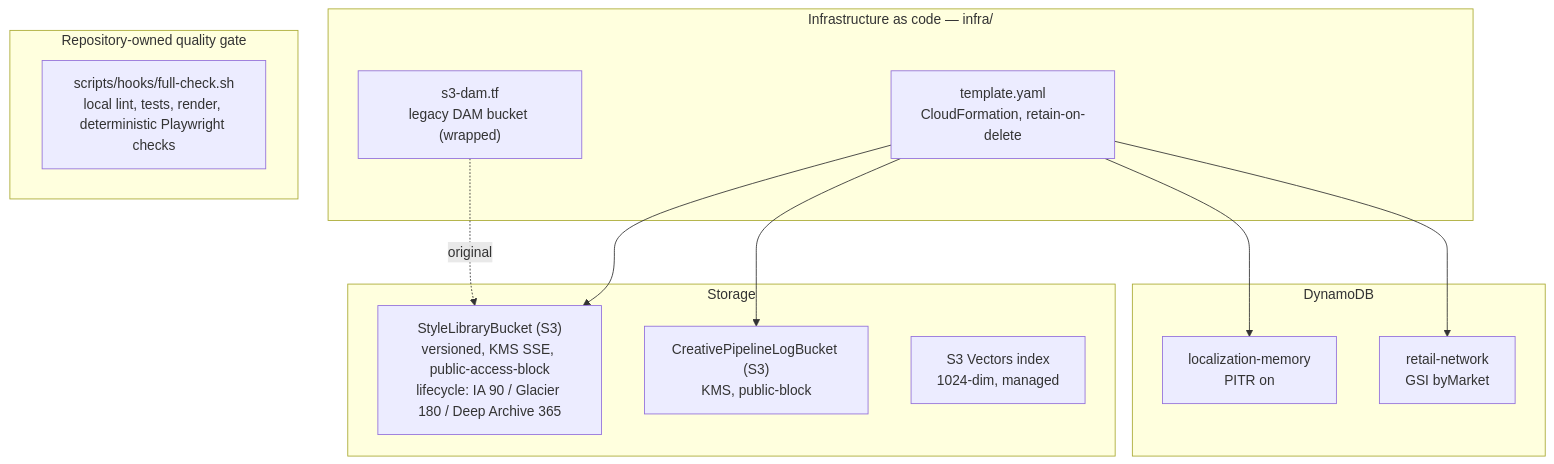
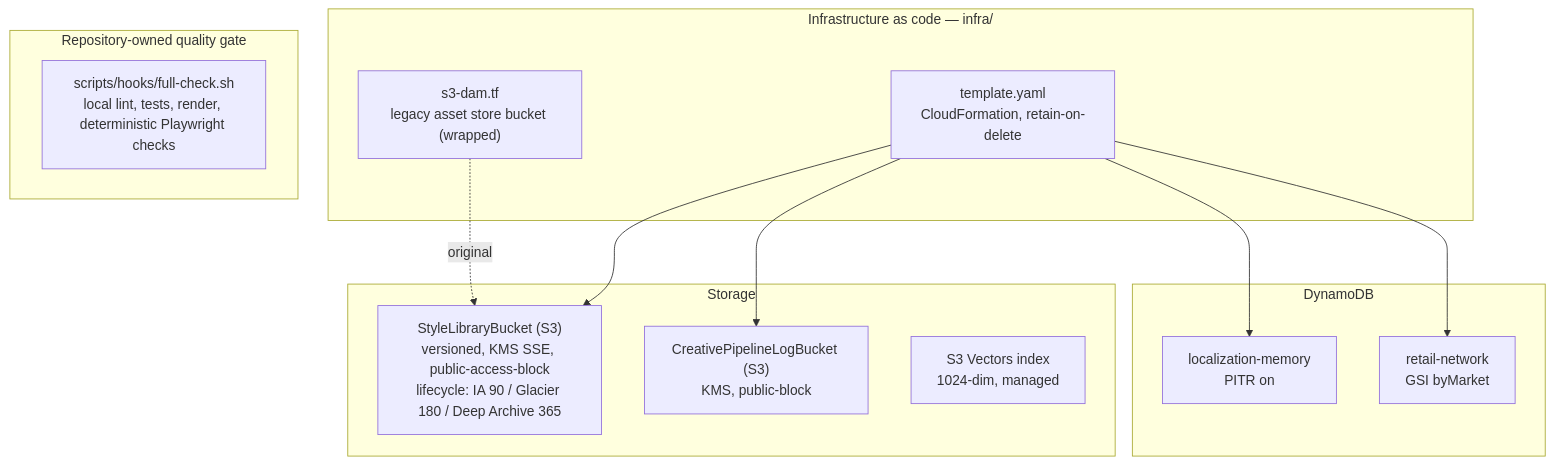
One commit to chasko-labs/creative-automation-pipeline changed the fourth of 6 diagrams in docs/architecture/SYSTEM-OVERVIEW.md. Above: the diagram before and after it, drawn with Mermaid. The commit also changed other lines of this file and 149 other files, not shown here.

Commit message:
Plain-language asset store rename: dam.py to asset_store.py, asset browser, protocol values, env names with legacy fallback, DOM ids, docs

````diff
--- a/docs/architecture/SYSTEM-OVERVIEW.md
+++ b/docs/architecture/SYSTEM-OVERVIEW.md
@@ -213,28 +213,28 @@
 ```mermaid
 flowchart TB
     subgraph IaC["Infrastructure as code — infra/"]
         CFN["template.yaml<br/>CloudFormation, retain-on-delete"]
-        TF["s3-dam.tf<br/>legacy DAM bucket (wrapped)"]
+        TF["s3-dam.tf<br/>legacy asset store bucket (wrapped)"]
     end
 
     subgraph Storage["Storage"]
         StyleBucket["StyleLibraryBucket (S3)<br/>versioned, KMS SSE, public-access-block<br/>lifecycle: IA 90 / Glacier 180 / Deep Archive 365"]
         LogBucket["CreativePipelineLogBucket (S3)<br/>KMS, public-block"]
         Vectors["S3 Vectors index<br/>1024-dim, managed"]
     end
 
     subgraph Tables["DynamoDB"]
         LocMem["localization-memory<br/>PITR on"]
         RetNet["retail-network<br/>GSI byMarket"]
     end
 
     subgraph Checks["Repository-owned quality gate"]
         Gate["scripts/hooks/full-check.sh<br/>local lint, tests, render, deterministic Playwright checks"]
     end
 
     CFN --> StyleBucket
     CFN --> LogBucket
     CFN --> LocMem
     CFN --> RetNet
     TF -.original.-> StyleBucket
 ```
````
